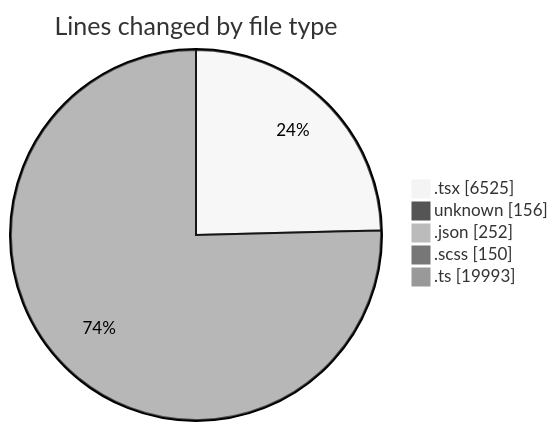
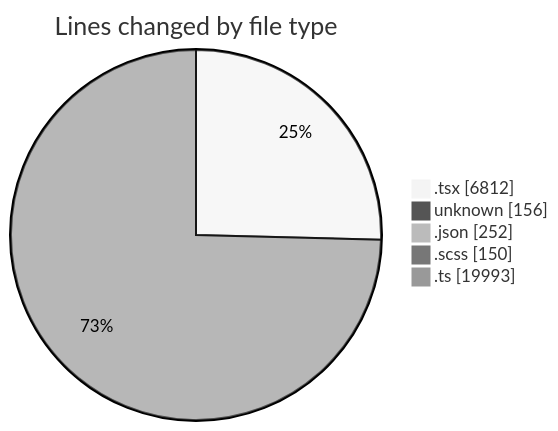
The first of 2 diagrams in 2026-09-28/cda/README.md (momahboobian/code-tracking), drawn with Mermaid (neutral theme) before and after one commit. The commit also changed other lines of this file and 1 other file, not shown here.

````diff
--- a/2026-09-28/cda/README.md
+++ b/2026-09-28/cda/README.md
@@ -50,9 +51,9 @@
 ```mermaid
 pie showData
 title Lines changed by file type
-".tsx" : 6525
+".tsx" : 6812
 "unknown" : 156
 ".json" : 252
 ".scss" : 150
 ".ts" : 19993
 ```
````
